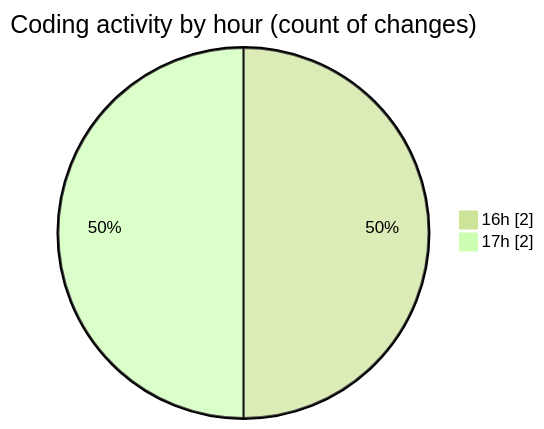
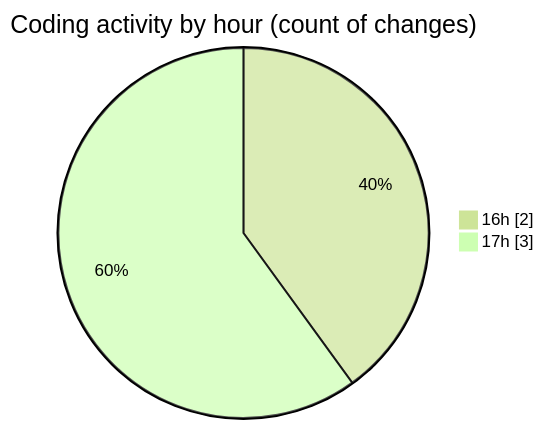
One commit to debugP/code-tracking changed the second of 2 diagrams in 2026-07-03/wp-content/README.md. Above: the diagram before and after it, drawn with Mermaid (forest theme). The commit also changed other lines of this file and 1 other file, not shown here.

````diff
--- a/2026-07-03/wp-content/README.md
+++ b/2026-07-03/wp-content/README.md
@@ -31,6 +31,6 @@
 ```mermaid
 pie showData
 title Coding activity by hour (count of changes)
 "16h" : 2
-"17h" : 2
+"17h" : 3
 ```
````
